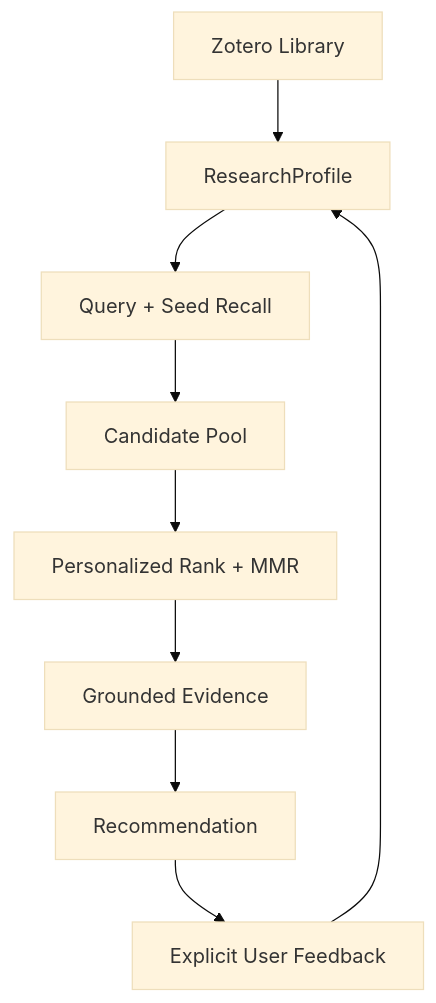
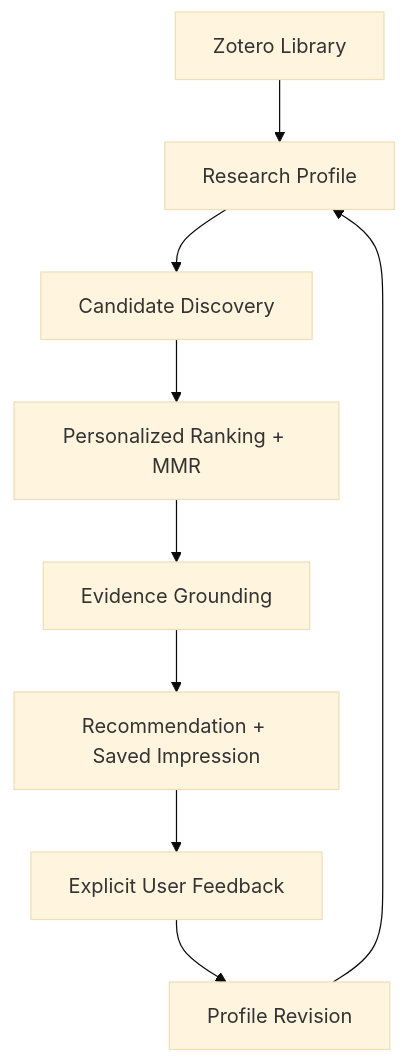
The diagram in README.md (ck-alpha/zotero-research-agent), drawn with Mermaid (base theme) before and after one commit. The commit also changed other lines of this file and 3 other files, not shown here.

````diff
--- a/README.md
+++ b/README.md
@@ -47,11 +41,11 @@
 ```mermaid
 flowchart TD
-    A[Zotero Library] --> B[ResearchProfile]
-    B --> C[Query + Seed Recall]
-    C --> D[Candidate Pool]
-    D --> E[Personalized Rank + MMR]
-    E --> F[Grounded Evidence]
-    F --> G[Recommendation]
-    G --> H[Explicit User Feedback]
+    A[Zotero Library] --> B[Research Profile]
+    B --> C[Candidate Discovery]
+    C --> D[Personalized Ranking + MMR]
+    D --> E[Evidence Grounding]
+    E --> F[Recommendation + Saved Impression]
+    F --> G[Explicit User Feedback]
+    G --> H[Profile Revision]
     H --> B
 ```
````
